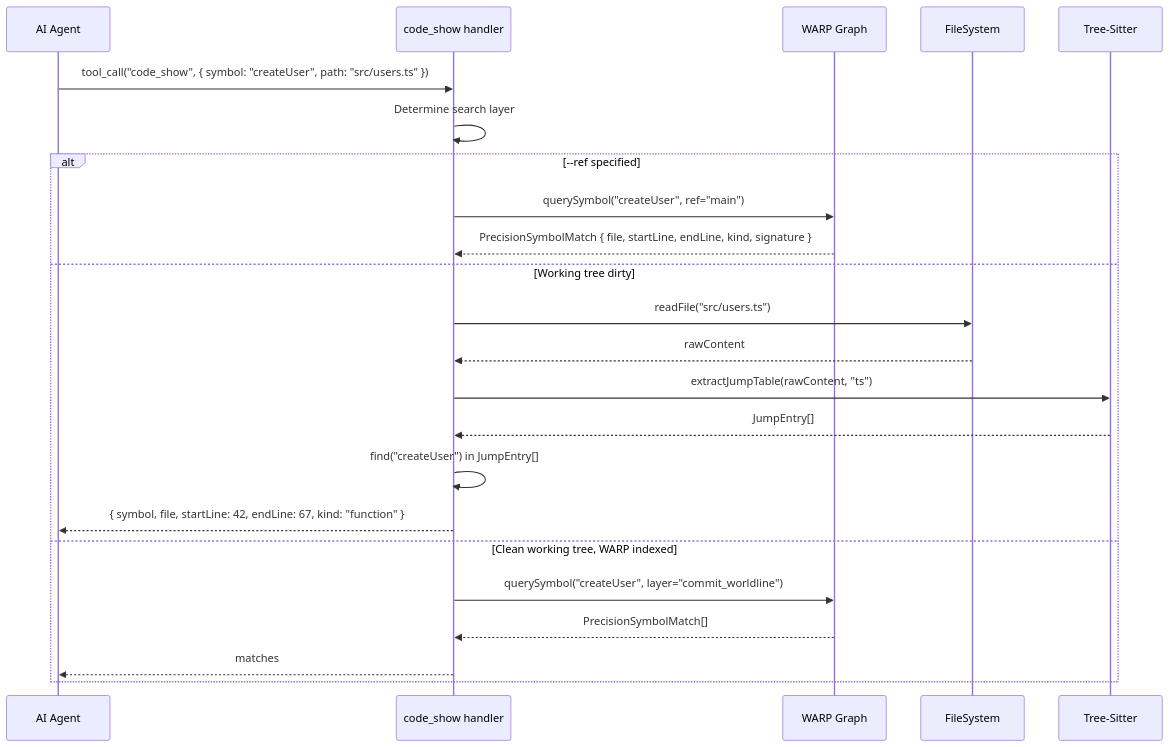
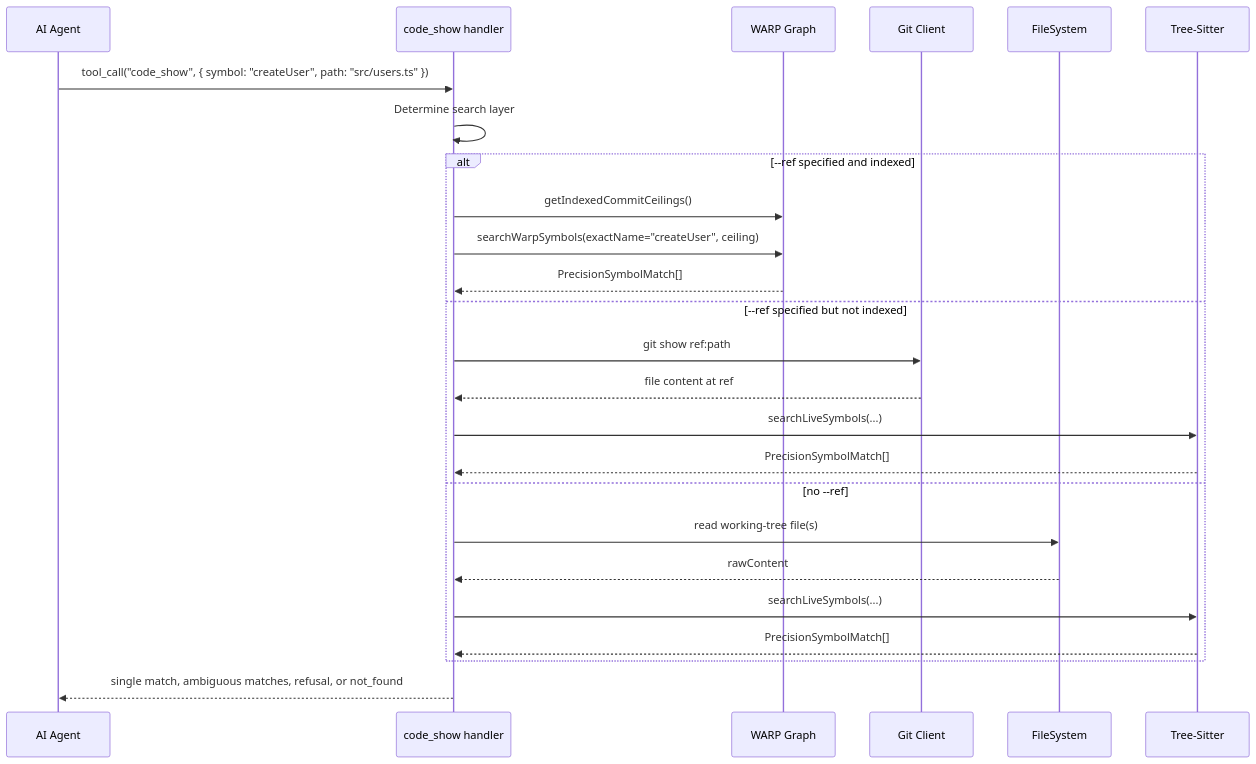
Before and after one commit to flyingrobots/graft: the tenth of 29 diagrams in docs/TECHNICAL_TEARDOWN.md, drawn with Mermaid. The commit also changed other lines of this file and 1 other file, not shown here.

Commit message:
docs: correct public architecture docs

````diff
--- a/docs/TECHNICAL_TEARDOWN.md
+++ b/docs/TECHNICAL_TEARDOWN.md
@@ -620,27 +637,30 @@
 ```mermaid
 sequenceDiagram
     participant Agent as AI Agent
     participant Tool as code_show handler
     participant WARP as WARP Graph
+    participant Git as Git Client
     participant FS as FileSystem
     participant Parser as Tree-Sitter
 
     Agent->>Tool: tool_call("code_show", { symbol: "createUser", path: "src/users.ts" })
     Tool->>Tool: Determine search layer
 
-    alt --ref specified
-        Tool->>WARP: querySymbol("createUser", ref="main")
-        WARP-->>Tool: PrecisionSymbolMatch { file, startLine, endLine, kind, signature }
-    else Working tree dirty
-        Tool->>FS: readFile("src/users.ts")
+    alt --ref specified and indexed
+        Tool->>WARP: getIndexedCommitCeilings()
+        Tool->>WARP: searchWarpSymbols(exactName="createUser", ceiling)
+        WARP-->>Tool: PrecisionSymbolMatch[]
+    else --ref specified but not indexed
+        Tool->>Git: git show ref:path
+        Git-->>Tool: file content at ref
+        Tool->>Parser: searchLiveSymbols(...)
+        Parser-->>Tool: PrecisionSymbolMatch[]
+    else no --ref
+        Tool->>FS: read working-tree file(s)
         FS-->>Tool: rawContent
-        Tool->>Parser: extractJumpTable(rawContent, "ts")
-        Parser-->>Tool: JumpEntry[]
-        Tool->>Tool: find("createUser") in JumpEntry[]
-        Tool-->>Agent: { symbol, file, startLine: 42, endLine: 67, kind: "function" }
-    else Clean working tree, WARP indexed
-        Tool->>WARP: querySymbol("createUser", layer="commit_worldline")
-        WARP-->>Tool: PrecisionSymbolMatch[]
-        Tool-->>Agent: matches
+        Tool->>Parser: searchLiveSymbols(...)
+        Parser-->>Tool: PrecisionSymbolMatch[]
     end
+
+    Tool-->>Agent: single match, ambiguous matches, refusal, or not_found
 ```
````
